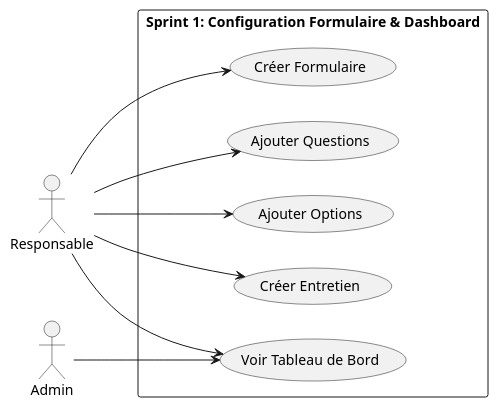
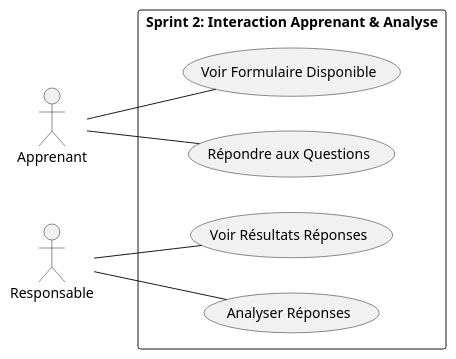
The diagram in Branche Fonctionnelle/Analyse/UseCaseSprint2.puml (bardichoussama/FileRouge), drawn with PlantUML before and after one commit. The commit also changed 18 other files, not shown here.

```diff
--- a/Branche Fonctionnelle/Analyse/UseCaseSprint2.puml
+++ b/Branche Fonctionnelle/Analyse/UseCaseSprint2.puml
@@ -1,23 +1,22 @@
 @startuml
 left to right direction
 
+actor Apprenant
 actor Responsable
-actor Admin
 
-rectangle "Sprint 1: Configuration Formulaire & Dashboard" {
-  usecase "Créer Formulaire" as UC1
-  usecase "Ajouter Questions" as UC2
-  usecase "Ajouter Options" as UC3
-  usecase "Créer Entretien" as UC4
-  usecase "Voir Tableau de Bord" as UC5
+rectangle "Sprint 2: Interaction Apprenant & Analyse" {
+  usecase "Voir Formulaire Disponible" as UC1
+  usecase "Répondre aux Questions" as UC2
+
+  usecase "Voir Résultats Réponses" as UC5
+  usecase "Analyser Réponses" as UC6
 }
 
-Responsable --> UC1
-Responsable --> UC2
-Responsable --> UC3
-Responsable --> UC4
-Responsable --> UC5
+Apprenant -- UC1
+Apprenant -- UC2
 
-Admin --> UC5
+
+Responsable -- UC5
+Responsable -- UC6
 
 @enduml
```
